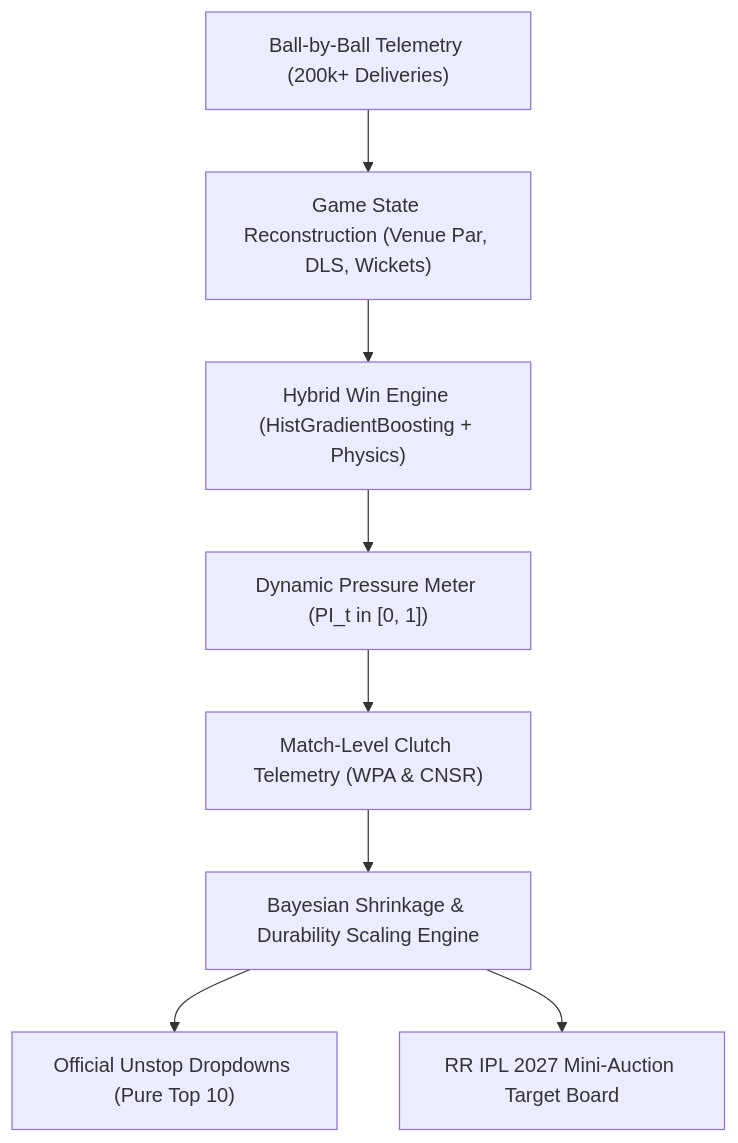
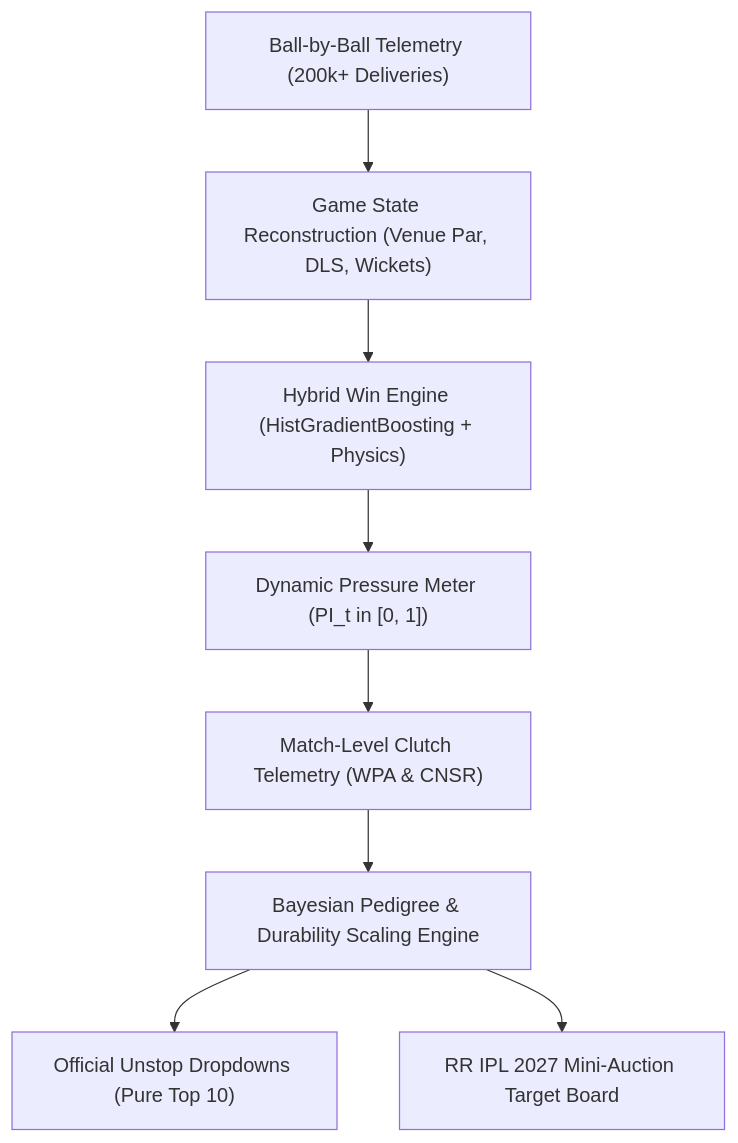
Before and after one commit to Aryanban/rajasthan-royals-superr-selector-season-2: the diagram in README.md, drawn with Mermaid. The commit also changed other lines of this file and 8 other files, not shown here.

````diff
--- a/README.md
+++ b/README.md
@@ -105,10 +106,10 @@
 ```mermaid
 flowchart TD
     A["Ball-by-Ball Telemetry (200k+ Deliveries)"] --> B["Game State Reconstruction (Venue Par, DLS, Wickets)"]
     B --> C["Hybrid Win Engine (HistGradientBoosting + Physics)"]
     C --> D["Dynamic Pressure Meter (PI_t in [0, 1])"]
     D --> E["Match-Level Clutch Telemetry (WPA & CNSR)"]
-    E --> F["Bayesian Shrinkage & Durability Scaling Engine"]
+    E --> F["Bayesian Pedigree & Durability Scaling Engine"]
     F --> G["Official Unstop Dropdowns (Pure Top 10)"]
     F --> H["RR IPL 2027 Mini-Auction Target Board"]
 ```
````
